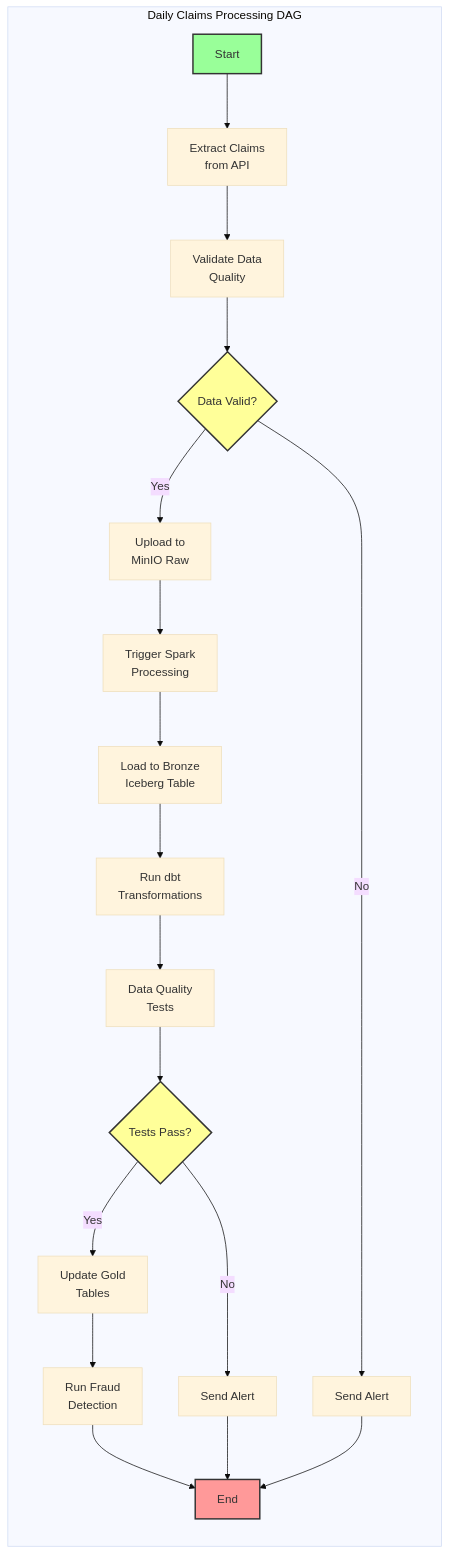
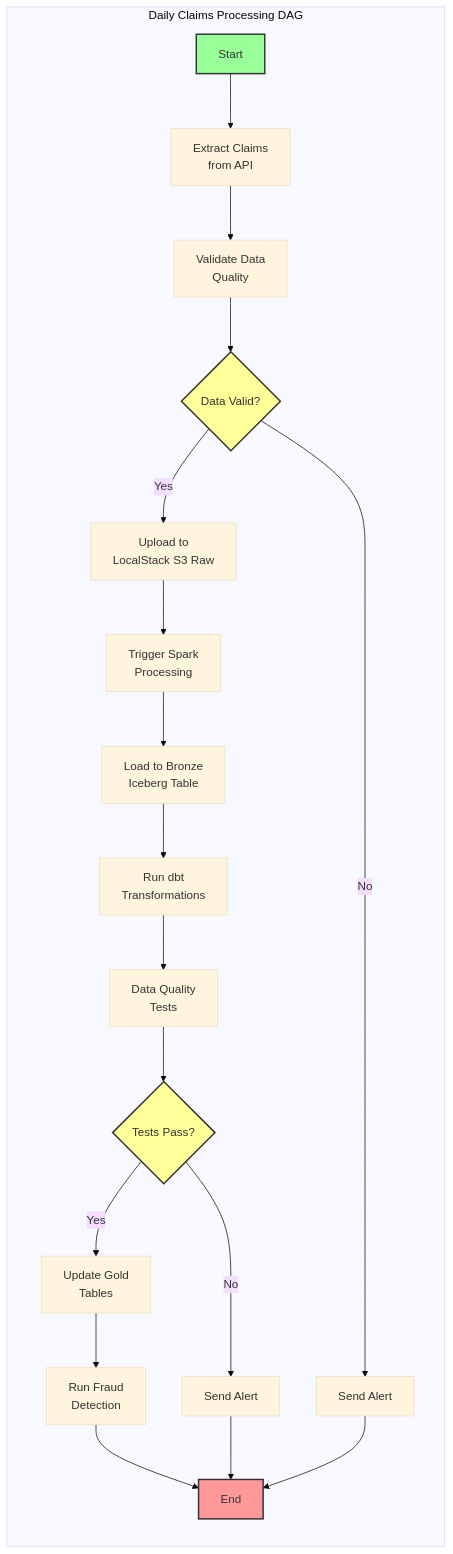
One commit to zmadni/medflow-analytics changed the sixth of 12 diagrams in ARCHITECTURE.md. Above: the diagram before and after it, drawn with Mermaid (base theme). The commit also changed other lines of this file and 1 other file, not shown here.

Commit message:
Migrate from MinIO to LocalStack for S3 storage

````diff
--- a/ARCHITECTURE.md
+++ b/ARCHITECTURE.md
@@ -344,26 +341,26 @@
 ```mermaid
 flowchart LR
     subgraph "Daily Claims Processing DAG"
         A[Start] --> B[Extract Claims<br/>from API]
         B --> C[Validate Data<br/>Quality]
         C --> D{Data Valid?}
-        D -->|Yes| E[Upload to<br/>MinIO Raw]
+        D -->|Yes| E[Upload to<br/>LocalStack S3 Raw]
         D -->|No| F[Send Alert]
         E --> G[Trigger Spark<br/>Processing]
         G --> H[Load to Bronze<br/>Iceberg Table]
         H --> I[Run dbt<br/>Transformations]
         I --> J[Data Quality<br/>Tests]
         J --> K{Tests Pass?}
         K -->|Yes| L[Update Gold<br/>Tables]
         K -->|No| M[Send Alert]
         L --> N[Run Fraud<br/>Detection]
         N --> O[End]
         F --> O
         M --> O
     end
 
     style A fill:#9f9,stroke:#333,stroke-width:2px
     style O fill:#f99,stroke:#333,stroke-width:2px
     style D fill:#ff9,stroke:#333,stroke-width:2px
     style K fill:#ff9,stroke:#333,stroke-width:2px
 ```
````
